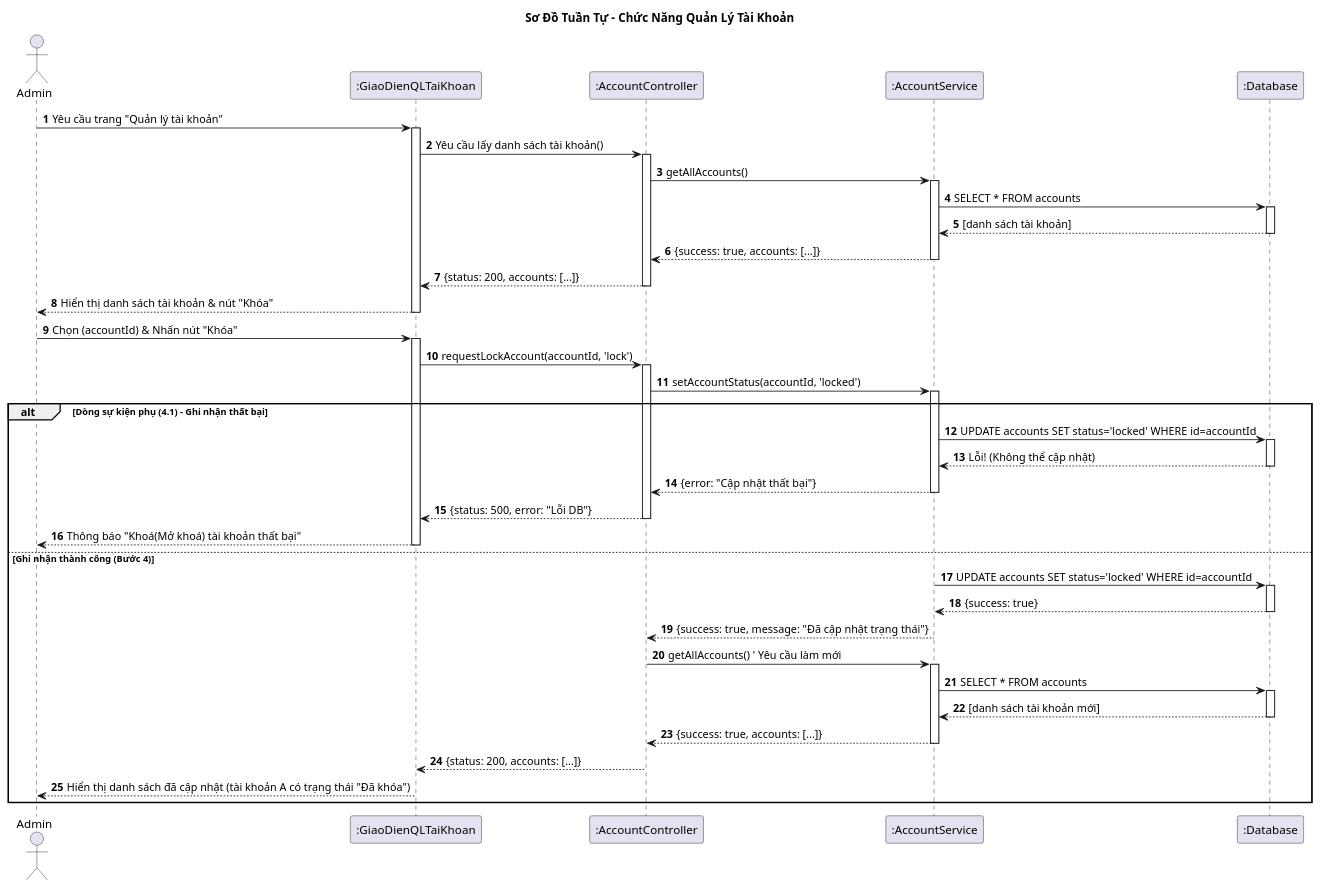
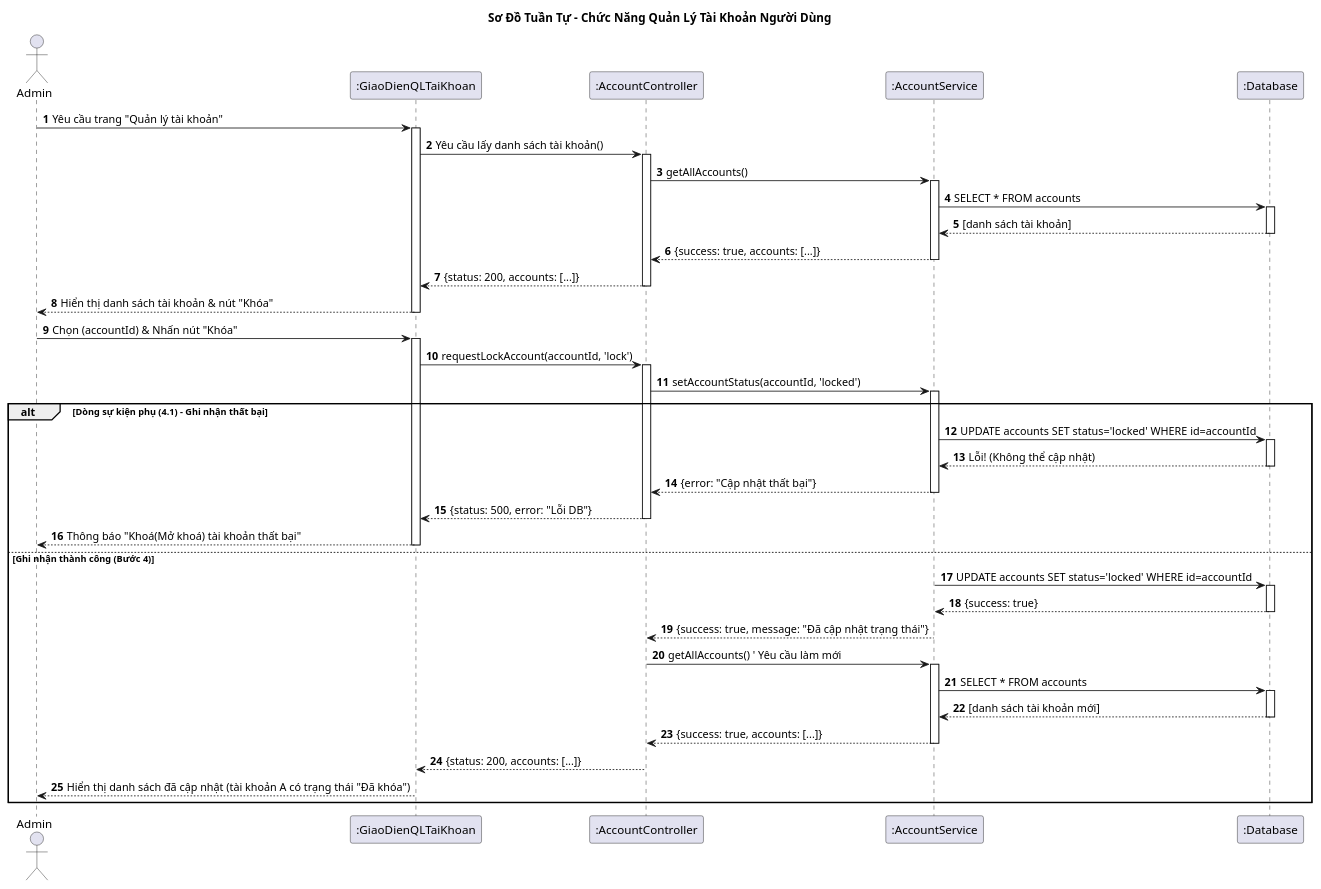
Before and after one commit to vinh047/soundwave: the diagram in Diagrams/SequenceDiagram/ManageAccountSD.plantuml, drawn with PlantUML. The commit also changed 9 other files, not shown here.

Commit message:
Update: Fix Sequence Diagram from 1 to 10

```diff
--- a/Diagrams/SequenceDiagram/ManageAccountSD.plantuml
+++ b/Diagrams/SequenceDiagram/ManageAccountSD.plantuml
@@ -1,77 +1,77 @@
-@startuml Sequence Diagram - Quản Lý Tài Khoản
+@startuml Sequence Diagram - Quản Lý Tài Khoản Người Dùng
 
-title Sơ Đồ Tuần Tự - Chức Năng Quản Lý Tài Khoản
+title Sơ Đồ Tuần Tự - Chức Năng Quản Lý Tài Khoản Người Dùng
 
 actor "Admin" as Admin
 participant ":GiaoDienQLTaiKhoan" as UI
 participant ":AccountController" as Controller
 participant ":AccountService" as Service
 participant ":Database" as DB
 
 autonumber
 
 ' === Dòng sự kiện chính (bước 1 & 2): Tải giao diện ===
 Admin -> UI: Yêu cầu trang "Quản lý tài khoản"
 activate UI
 UI -> Controller: Yêu cầu lấy danh sách tài khoản()
 activate Controller
 Controller -> Service: getAllAccounts()
 activate Service
 Service -> DB: SELECT * FROM accounts
 activate DB
 DB --> Service: [danh sách tài khoản]
 deactivate DB
 Service --> Controller: {success: true, accounts: [...]}
 deactivate Service
 Controller --> UI: {status: 200, accounts: [...]}
 deactivate Controller
 UI --> Admin: Hiển thị danh sách tài khoản & nút "Khóa"
 deactivate UI
 
 ' === Dòng sự kiện chính (bước 3): Admin chọn Khóa tài khoản ===
 Admin -> UI: Chọn (accountId) & Nhấn nút "Khóa"
 activate UI
 UI -> Controller: requestLockAccount(accountId, 'lock')
 activate Controller
 Controller -> Service: setAccountStatus(accountId, 'locked')
 activate Service
 
-' === Dòng sự kiện chính (bước 4): Ghi nhận trạng thái ===
+' === Dòng sự kiện chính (bước 4) & Dòng sự kiện phụ (4.1) ===
 alt Dòng sự kiện phụ (4.1) - Ghi nhận thất bại
     Service -> DB: UPDATE accounts SET status='locked' WHERE id=accountId
     activate DB
     DB --> Service: Lỗi! (Không thể cập nhật)
     deactivate DB
     Service --> Controller: {error: "Cập nhật thất bại"}
     deactivate Service
     Controller --> UI: {status: 500, error: "Lỗi DB"}
     deactivate Controller
     
     UI --> Admin: Thông báo "Khoá(Mở khoá) tài khoản thất bại"
     deactivate UI
 
 else Ghi nhận thành công (Bước 4)
     Service -> DB: UPDATE accounts SET status='locked' WHERE id=accountId
     activate DB
     DB --> Service: {success: true}
     deactivate DB
     Service --> Controller: {success: true, message: "Đã cập nhật trạng thái"}
     deactivate Service
 
     ' === Dòng sự kiện chính (bước 5): Hiện lại danh sách ===
     ' (Hệ thống tự động làm mới giao diện)
     Controller -> Service: getAllAccounts() ' Yêu cầu làm mới
     activate Service
     Service -> DB: SELECT * FROM accounts
     activate DB
     DB --> Service: [danh sách tài khoản mới]
     deactivate DB
     Service --> Controller: {success: true, accounts: [...]}
     deactivate Service
     Controller --> UI: {status: 200, accounts: [...]}
     deactivate Controller
     
     UI --> Admin: Hiển thị danh sách đã cập nhật (tài khoản A có trạng thái "Đã khóa")
     deactivate UI
 end
 @enduml
```
